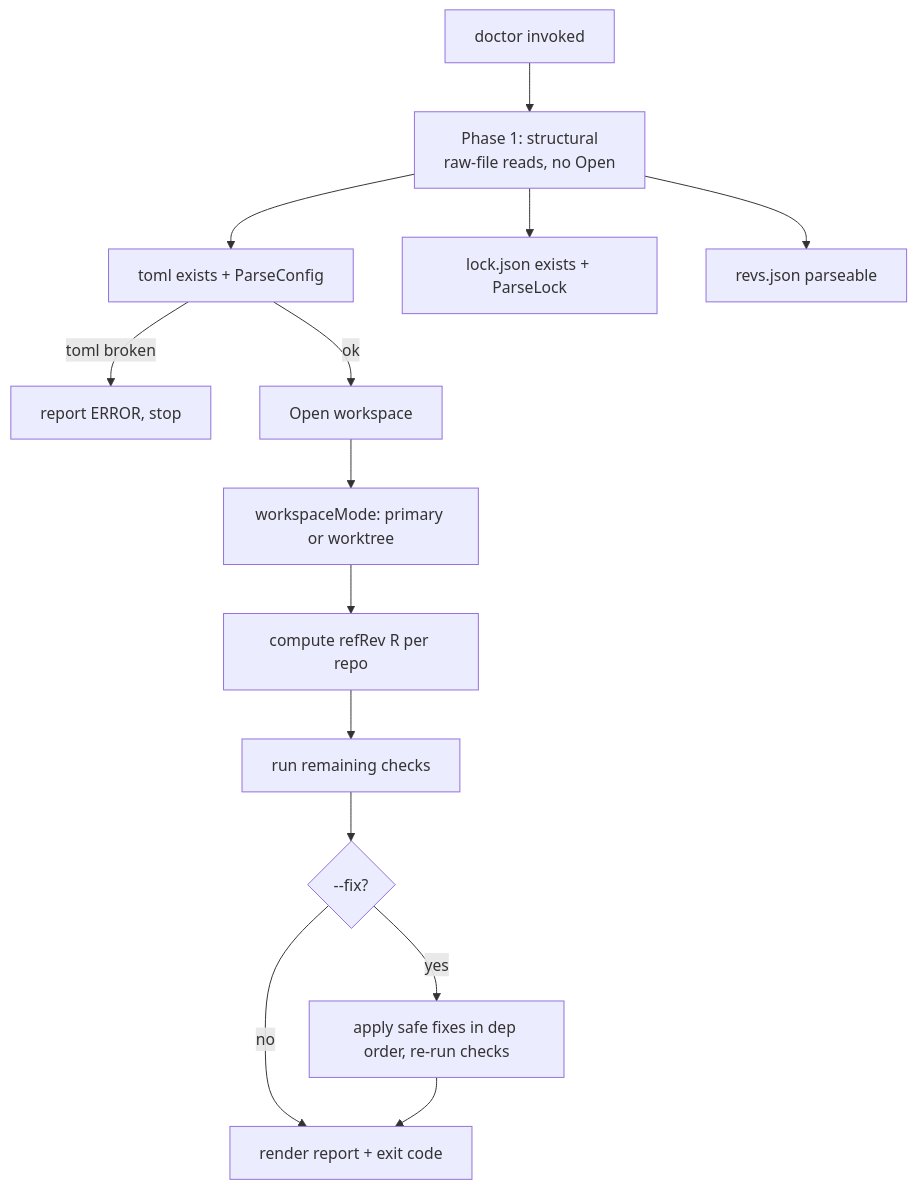
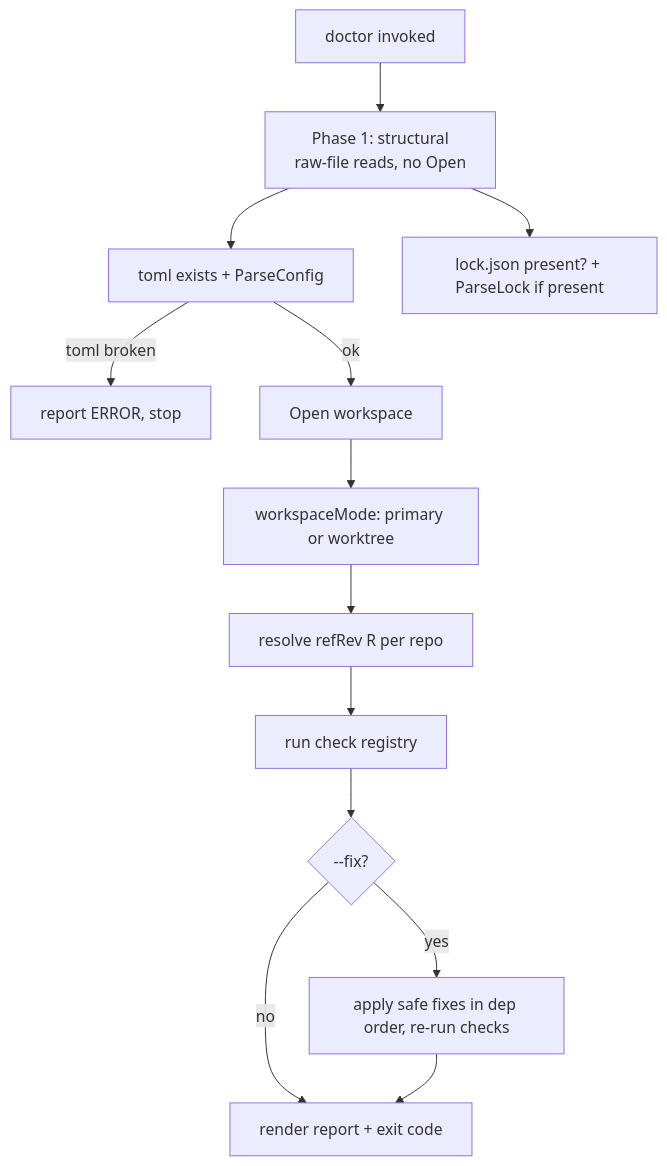
Before and after one commit to phillipgreenii/nix-repo-base: the diagram in docs/superpowers/specs/2026-06-30-pn-workspace-doctor-design.md, drawn with Mermaid. The commit also changed other lines of this file, not shown here.

````diff
--- a/docs/superpowers/specs/2026-06-30-pn-workspace-doctor-design.md
+++ b/docs/superpowers/specs/2026-06-30-pn-workspace-doctor-design.md
@@ -125,16 +162,15 @@
 ```mermaid
 flowchart TD
     Start[doctor invoked] --> P1[Phase 1: structural<br/>raw-file reads, no Open]
     P1 --> P1a[toml exists + ParseConfig]
-    P1 --> P1b[lock.json exists + ParseLock]
-    P1 --> P1c[revs.json parseable]
+    P1 --> P1b[lock.json present? + ParseLock if present]
     P1a -->|toml broken| Stop[report ERROR, stop]
     P1a -->|ok| Open[Open workspace]
     Open --> Mode[workspaceMode: primary or worktree]
-    Mode --> Refs[compute refRev R per repo]
-    Refs --> Checks[run remaining checks]
+    Mode --> Refs[resolve refRev R per repo]
+    Refs --> Checks[run check registry]
     Checks --> FixQ{--fix?}
     FixQ -->|yes| Apply[apply safe fixes in dep order, re-run checks]
     FixQ -->|no| Report
     Apply --> Report[render report + exit code]
 ```
````
